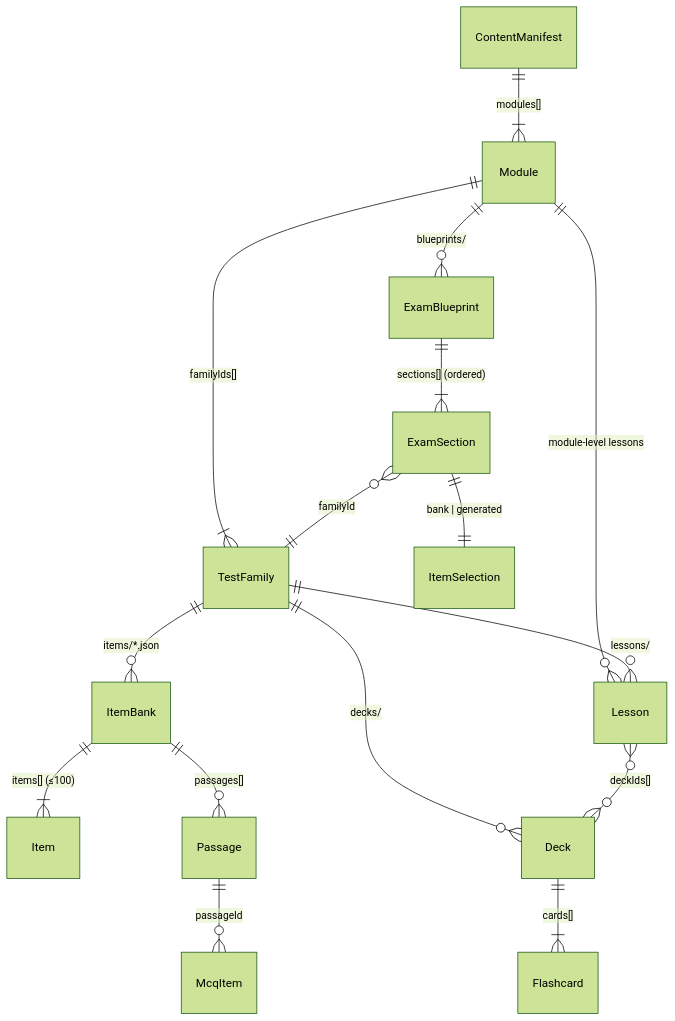
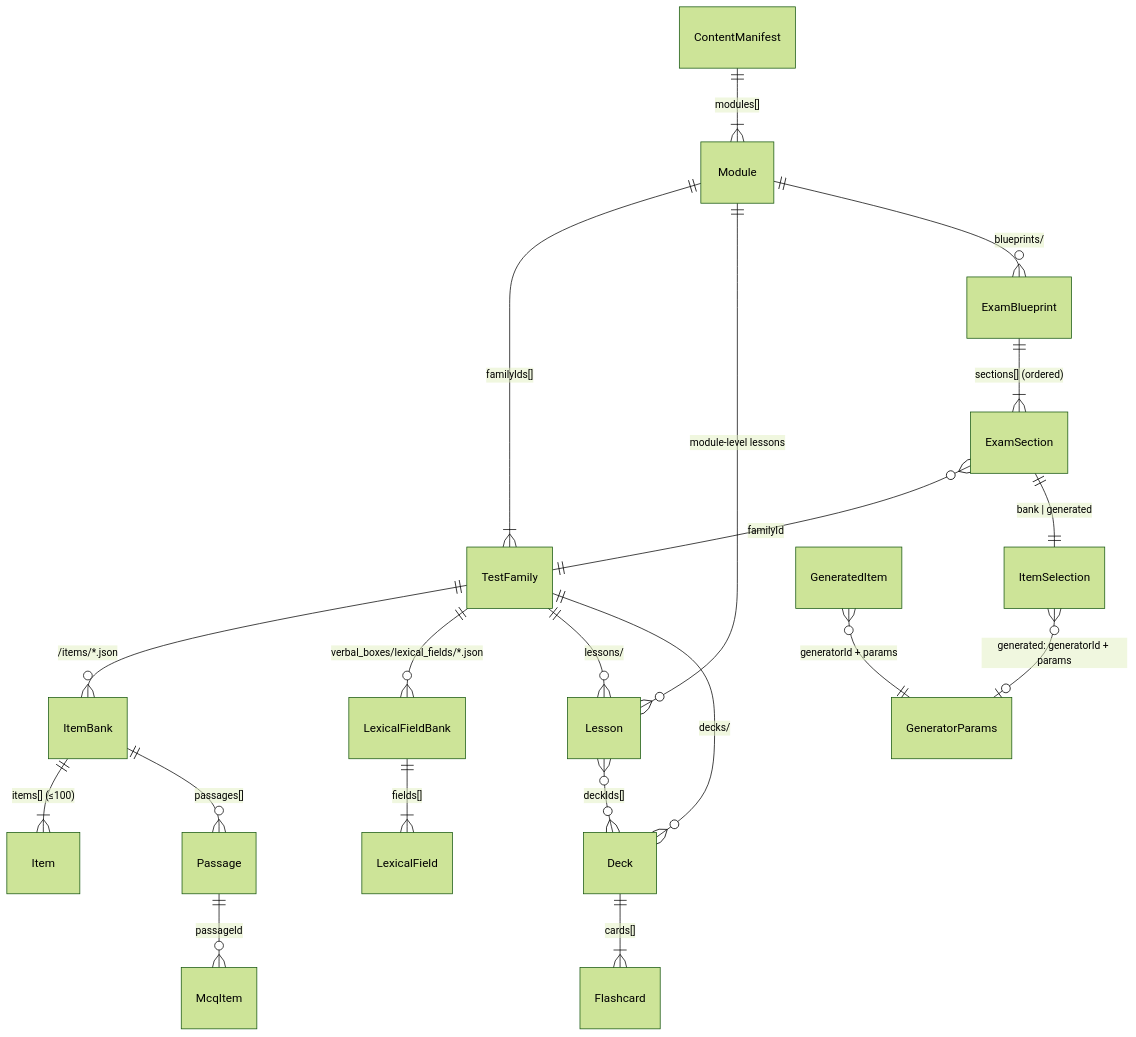
The first of 2 diagrams in docs/content/CONTRACT.md (hbock-42/trainer_psy_air), drawn with Mermaid (forest theme) before and after one commit. The commit also changed other lines of this file and 63 other files, not shown here.

First line of the commit message:
US-015: Content contract v2 — schemas, examples, Dart models, PSY0 families and blueprints

````diff
--- a/docs/content/CONTRACT.md
+++ b/docs/content/CONTRACT.md
@@ -15,18 +17,22 @@
 ```mermaid
 erDiagram
   ContentManifest ||--|{ Module : "modules[]"
   Module ||--|{ TestFamily : "familyIds[]"
   Module ||--o{ Lesson : "module-level lessons"
   Module ||--o{ ExamBlueprint : "blueprints/"
-  TestFamily ||--o{ ItemBank : "items/*.json"
+  TestFamily ||--o{ ItemBank : "<family>/items/*.json"
+  TestFamily ||--o{ LexicalFieldBank : "verbal_boxes/lexical_fields/*.json"
   ItemBank ||--|{ Item : "items[] (≤100)"
   ItemBank ||--o{ Passage : "passages[]"
   Passage ||--o{ McqItem : "passageId"
+  LexicalFieldBank ||--|{ LexicalField : "fields[]"
   TestFamily ||--o{ Lesson : "lessons/"
   TestFamily ||--o{ Deck : "decks/"
   Deck ||--|{ Flashcard : "cards[]"
   Lesson }o--o{ Deck : "deckIds[]"
   ExamBlueprint ||--|{ ExamSection : "sections[] (ordered)"
   ExamSection }o--|| TestFamily : "familyId"
   ExamSection ||--|| ItemSelection : "bank | generated"
+  GeneratedItem }o--|| GeneratorParams : "generatorId + params"
+  ItemSelection }o--o| GeneratorParams : "generated: generatorId + params"
 ```
````
